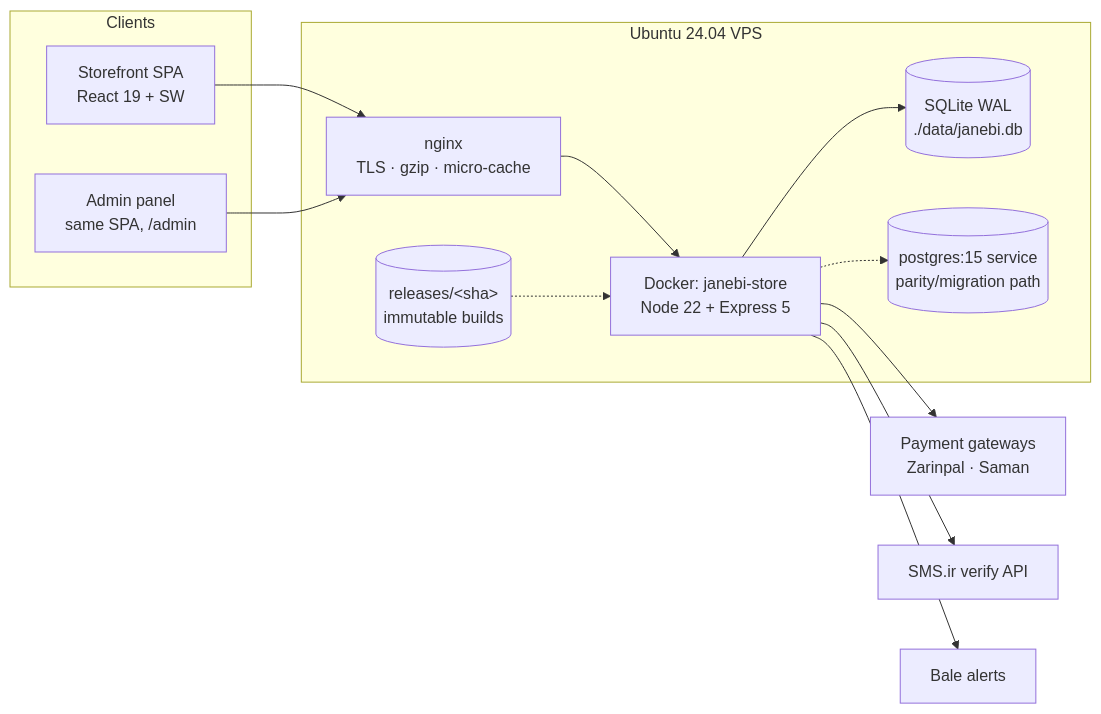
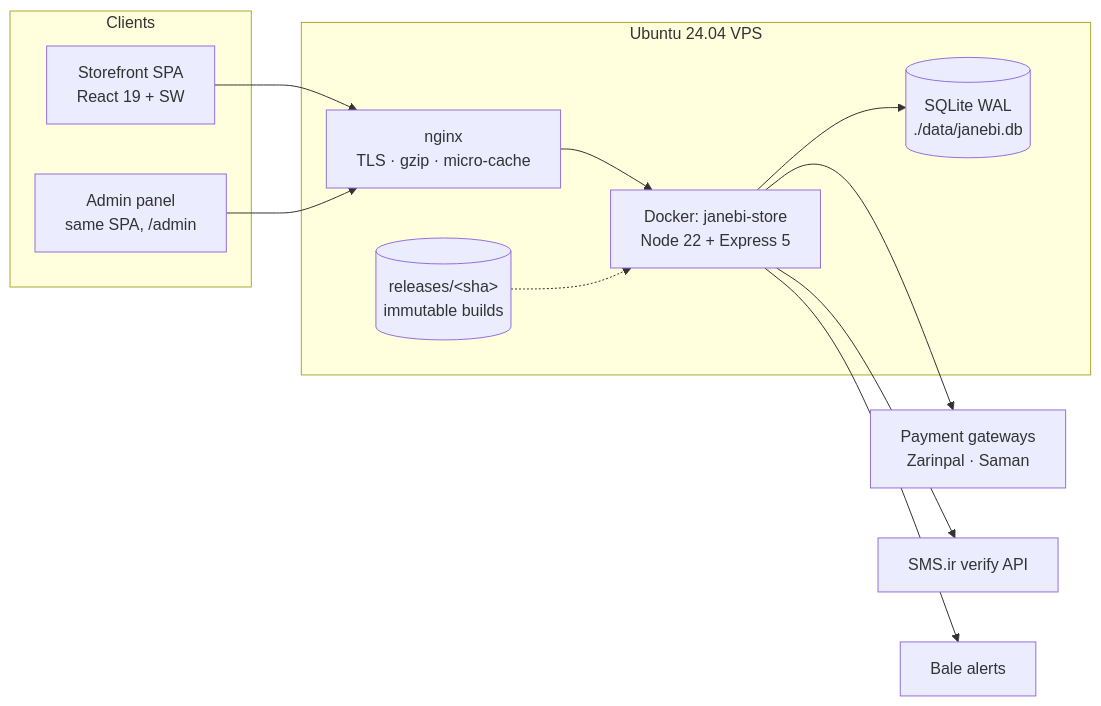
The first of 6 diagrams in docs/reference/ARCHITECTURE.md (MrRooobooot/Janebi-Store), drawn with Mermaid before and after one commit. The commit also changed other lines of this file and 6 other files, not shown here.

````diff
--- a/docs/reference/ARCHITECTURE.md
+++ b/docs/reference/ARCHITECTURE.md
@@ -10,27 +10,25 @@
 ```mermaid
 flowchart LR
     subgraph Clients
       SB[Storefront SPA<br/>React 19 + SW]
       AD[Admin panel<br/>same SPA, /admin]
     end
     subgraph VPS[Ubuntu 24.04 VPS]
       NG[nginx<br/>TLS · gzip · micro-cache]
       APP[Docker: janebi-store<br/>Node 22 + Express 5]
       DB[(SQLite WAL<br/>./data/janebi.db)]
-      PG[(postgres:15 service<br/>parity/migration path)]
       REL[(releases/&lt;sha&gt;<br/>immutable builds)]
     end
     GW[Payment gateways<br/>Zarinpal · Saman]
     SMS[SMS.ir verify API]
     BALE[Bale alerts]
 
     SB --> NG
     AD --> NG
     NG --> APP
     APP --> DB
-    APP -.-> PG
     APP --> GW
     APP --> SMS
     APP --> BALE
     REL -.-> APP
 ```
````
